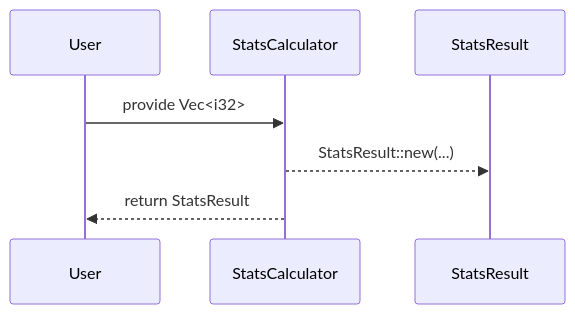
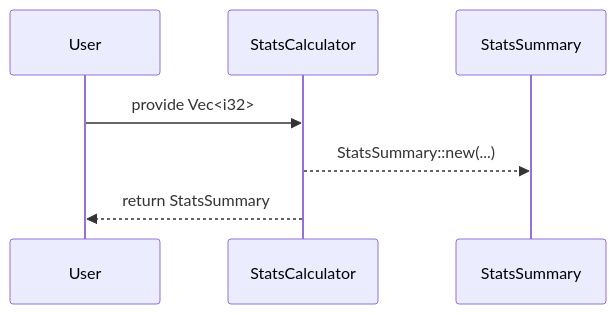
One commit to jvhellemondt/stats-calculator.rs changed the third of 3 diagrams in README.md. Above: the diagram before and after it, drawn with Mermaid. The commit also changed other lines of this file, not shown here.

Commit message:
docs(upfront): add StatsSummary struct and replace StatsResult

````diff
--- a/README.md
+++ b/README.md
@@ -77,10 +102,10 @@
 ```mermaid
 sequenceDiagram
     participant User
     participant StatsCalculator
-    participant StatsResult
+    participant StatsSummary
     
     User ->> StatsCalculator: provide Vec<i32>
-    StatsCalculator -->> StatsResult: StatsResult::new(...)
-    StatsCalculator -->> User: return StatsResult
+    StatsCalculator -->> StatsSummary: StatsSummary::new(...)
+    StatsCalculator -->> User: return StatsSummary
 ```
````
